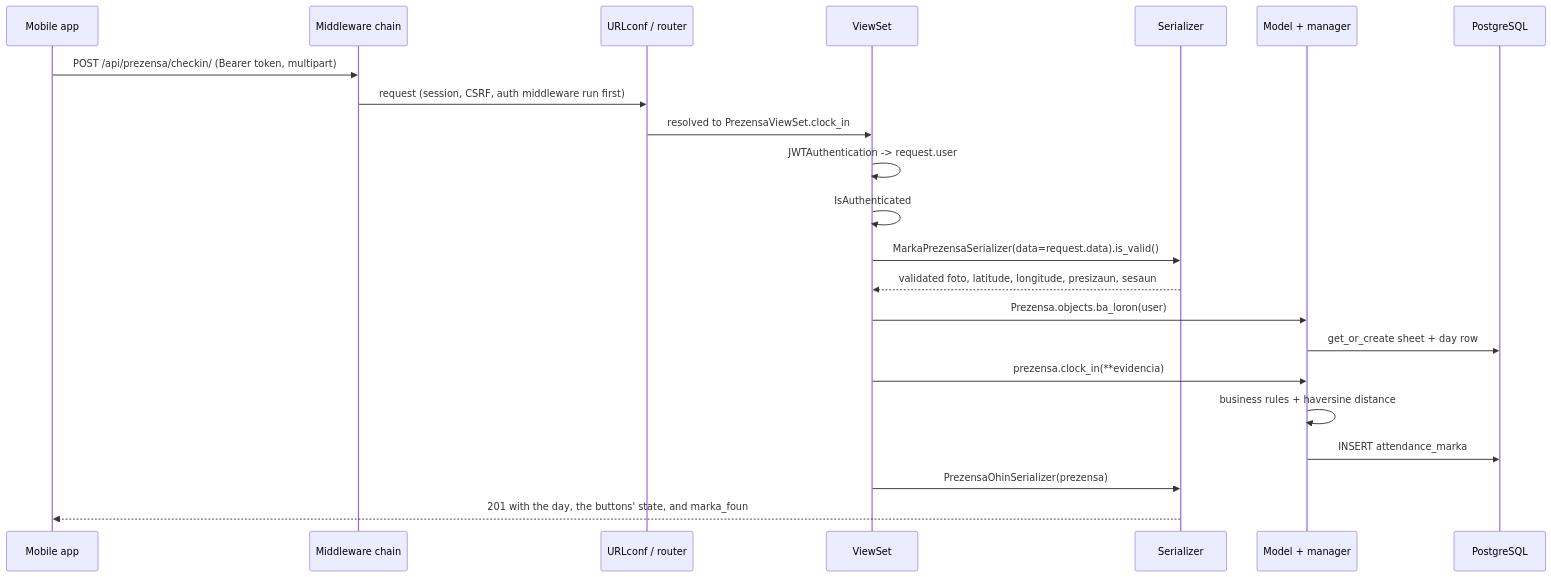
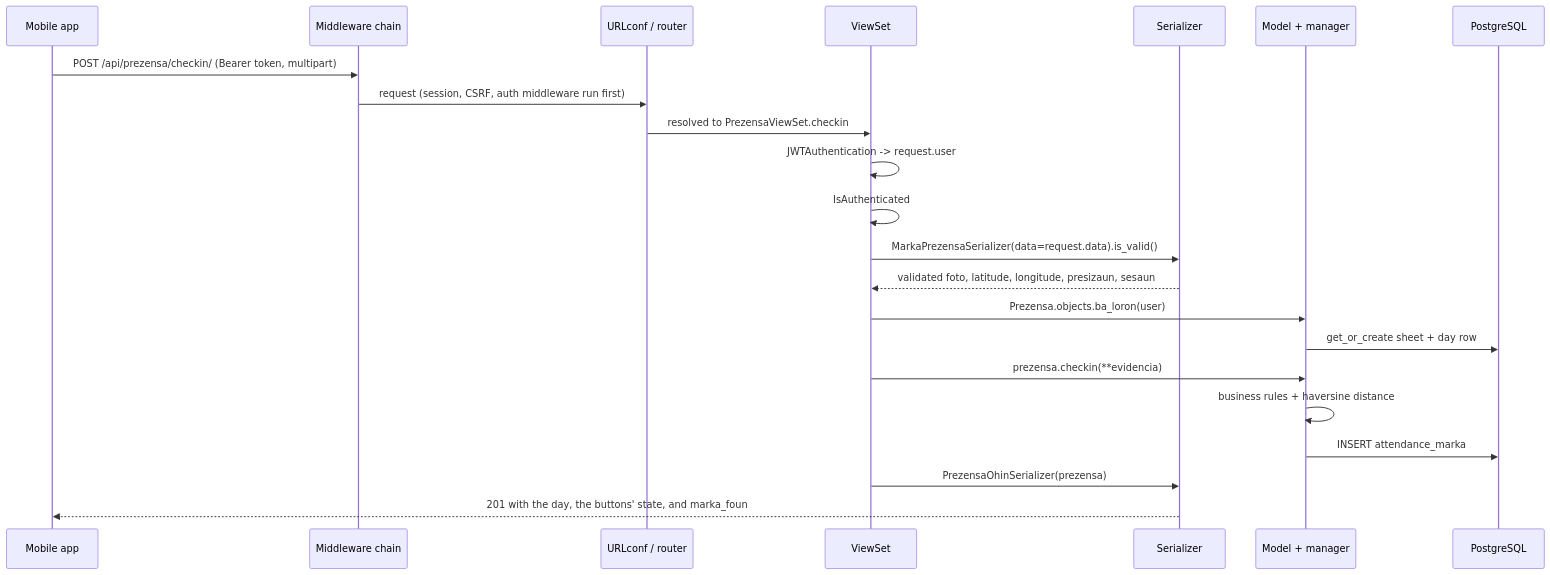
One commit to juliao-martins-dev/eti-api changed the diagram in plan.md. Above: the diagram before and after it, drawn with Mermaid. The commit also changed other lines of this file, not shown here.

Commit message:
docs(flow): four URL prefixes, seven actions, both clients

````diff
--- a/plan.md
+++ b/plan.md
@@ -54,25 +56,25 @@
 ```mermaid
 sequenceDiagram
     participant App as Mobile app
     participant MW as Middleware chain
     participant URL as URLconf / router
     participant V as ViewSet
     participant S as Serializer
     participant M as Model + manager
     participant DB as PostgreSQL
 
     App->>MW: POST /api/prezensa/checkin/ (Bearer token, multipart)
     MW->>URL: request (session, CSRF, auth middleware run first)
-    URL->>V: resolved to PrezensaViewSet.clock_in
+    URL->>V: resolved to PrezensaViewSet.checkin
     V->>V: JWTAuthentication -> request.user
     V->>V: IsAuthenticated
     V->>S: MarkaPrezensaSerializer(data=request.data).is_valid()
     S-->>V: validated foto, latitude, longitude, presizaun, sesaun
     V->>M: Prezensa.objects.ba_loron(user)
     M->>DB: get_or_create sheet + day row
-    V->>M: prezensa.clock_in(**evidencia)
+    V->>M: prezensa.checkin(**evidencia)
     M->>M: business rules + haversine distance
     M->>DB: INSERT attendance_marka
     V->>S: PrezensaOhinSerializer(prezensa)
     S-->>App: 201 with the day, the buttons' state, and marka_foun
 ```
````
